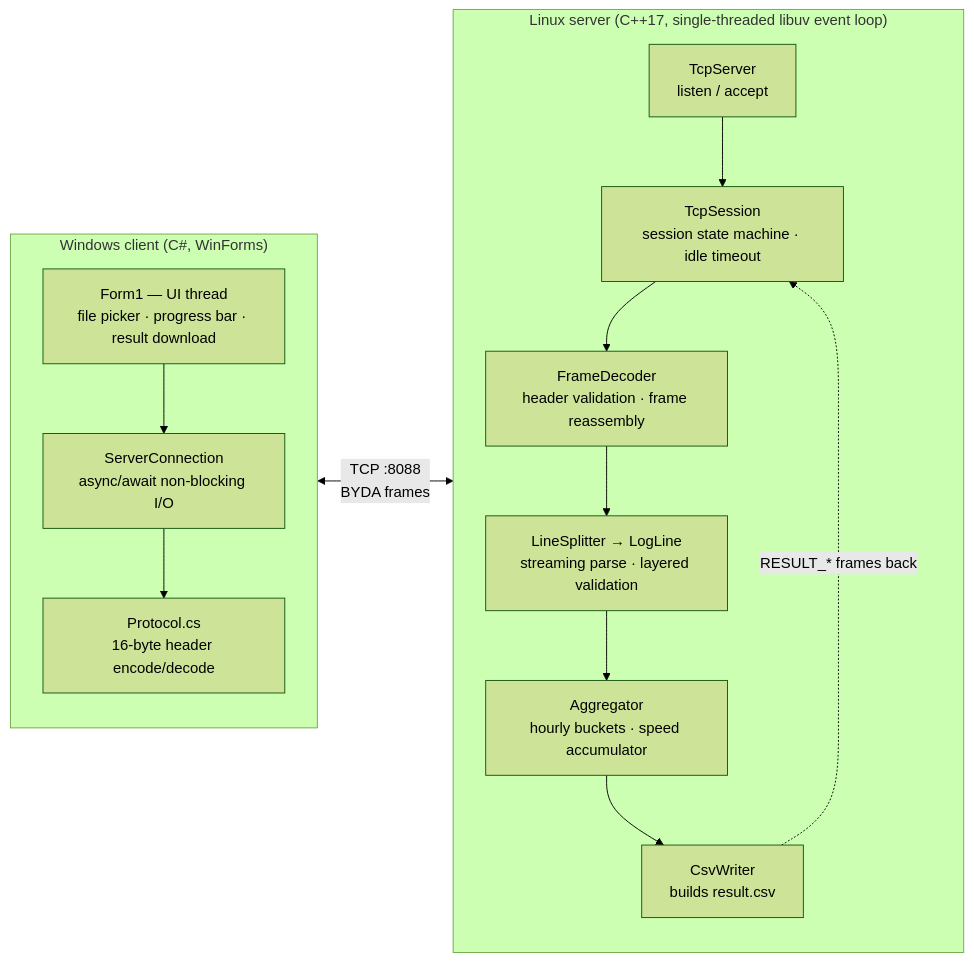
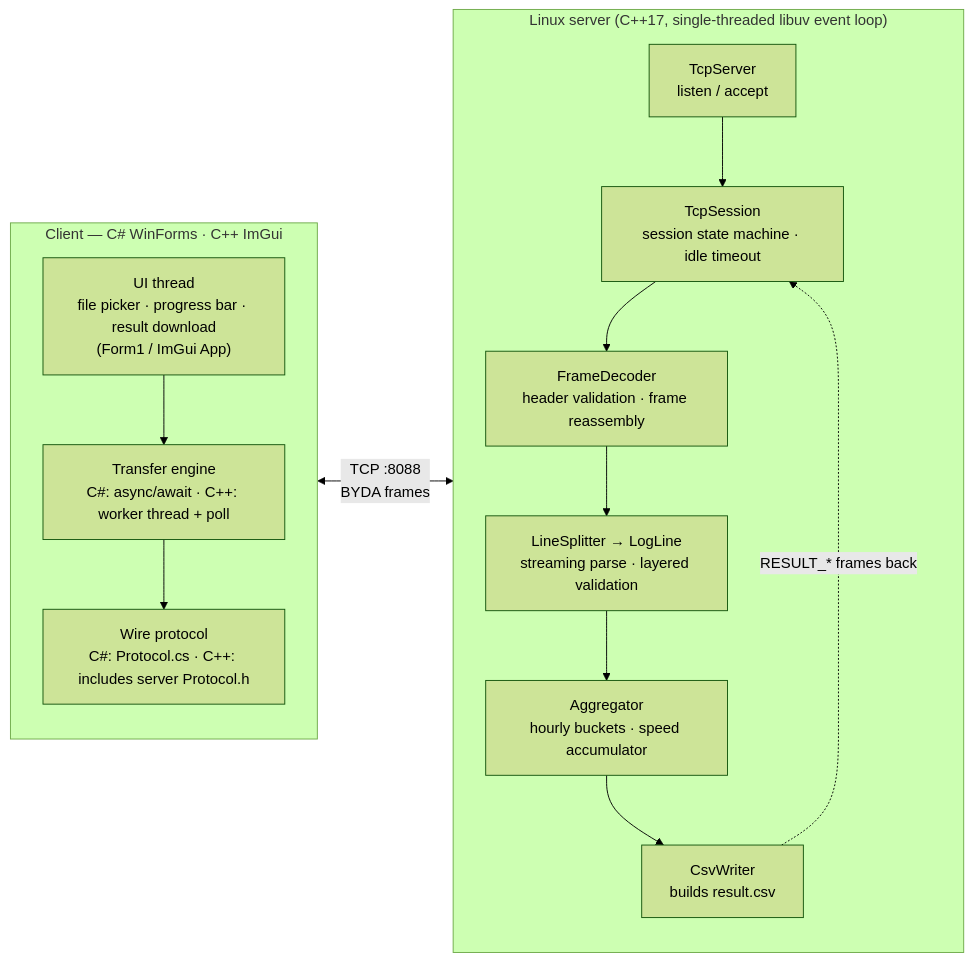
One commit to svengalideck1138/Assignment_LoggerAnalyzer changed the first of 2 diagrams in README.md. Above: the diagram before and after it, drawn with Mermaid (forest theme). The commit also changed other lines of this file and 2 other files, not shown here.

First line of the commit message:
DOCS. Cover the C++ ImGui client in README

````diff
--- a/README.md
+++ b/README.md
@@ -129,24 +182,24 @@
 ```mermaid
 flowchart LR
-    subgraph WIN["Windows client (C#, WinForms)"]
+    subgraph WIN["Client — C# WinForms · C++ ImGui"]
         direction TB
-        UI["Form1 — UI thread<br/>file picker · progress bar · result download"]
-        CONN["ServerConnection<br/>async/await non-blocking I/O"]
-        PROT_C["Protocol.cs<br/>16-byte header encode/decode"]
+        UI["UI thread<br/>file picker · progress bar · result download<br/>(Form1 / ImGui App)"]
+        CONN["Transfer engine<br/>C#: async/await · C++: worker thread + poll"]
+        PROT_C["Wire protocol<br/>C#: Protocol.cs · C++: includes server Protocol.h"]
         UI --> CONN --> PROT_C
     end
 
     subgraph LINUX["Linux server (C++17, single-threaded libuv event loop)"]
         direction TB
         SRV["TcpServer<br/>listen / accept"]
         SES["TcpSession<br/>session state machine · idle timeout"]
         DEC["FrameDecoder<br/>header validation · frame reassembly"]
         SPL["LineSplitter → LogLine<br/>streaming parse · layered validation"]
         AGG["Aggregator<br/>hourly buckets · speed accumulator"]
         CSV["CsvWriter<br/>builds result.csv"]
         SRV --> SES --> DEC --> SPL --> AGG --> CSV
         CSV -. "RESULT_* frames back" .-> SES
     end
 
     PROT_C <-->|"TCP :8088<br/>BYDA frames"| SRV
 ```
````
